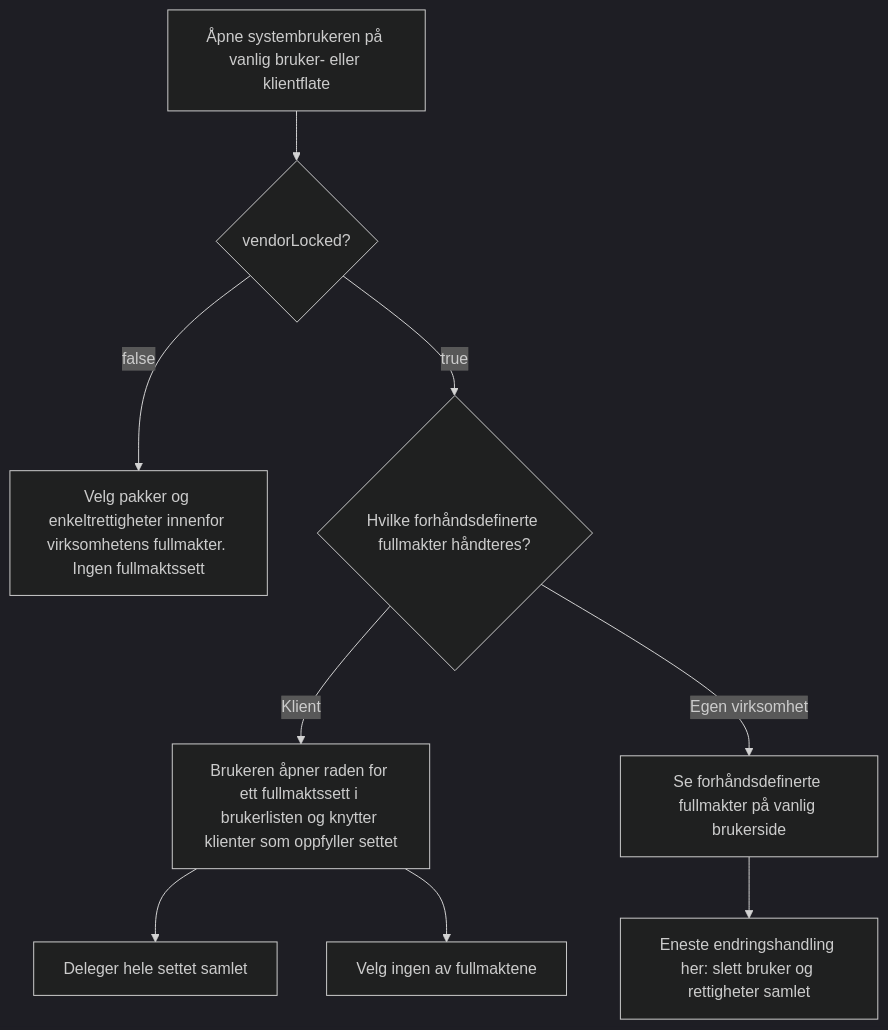
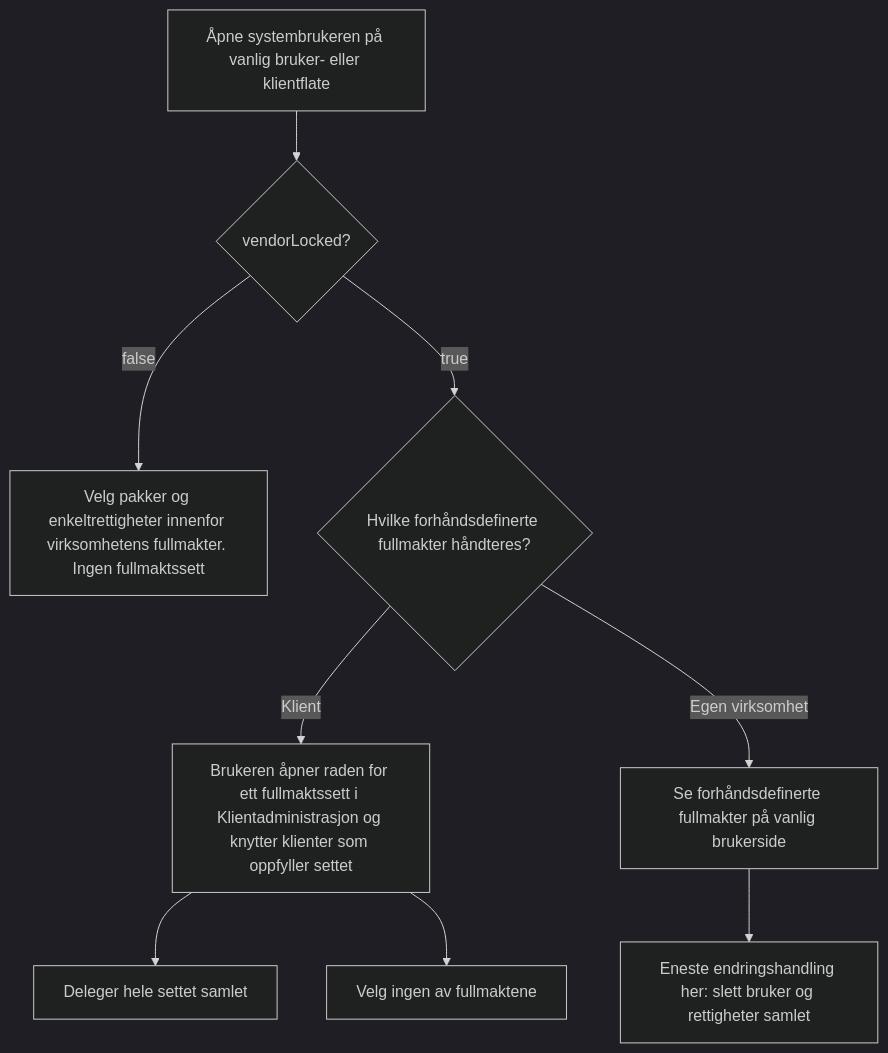
One commit to Altinn/altinn-studio-docs changed the fourth of 7 diagrams in content/authorization/guides/system-vendor/system-user/beslutningstre.nb.md. Above: the diagram before and after it, drawn with Mermaid (dark theme). The commit also changed other lines of this file and 2 other files, not shown here.

First line of the commit message:
Systembruker: settene står i Klientadministrasjon, ikke i brukerlisten (#3404)

```diff
--- a/content/authorization/guides/system-vendor/system-user/beslutningstre.nb.md
+++ b/content/authorization/guides/system-vendor/system-user/beslutningstre.nb.md
@@ -85,11 +85,11 @@
 {{< mermaid >}}
 graph TD
   OPEN["Åpne systembrukeren på vanlig bruker- eller klientflate"] --> MODE{"vendorLocked?"}
   MODE -->|false| CHOOSE["Velg pakker og enkeltrettigheter innenfor virksomhetens fullmakter. Ingen fullmaktssett"]
   MODE -->|true| CONTEXT{"Hvilke forhåndsdefinerte fullmakter håndteres?"}
-  CONTEXT -->|Klient| SET["Brukeren åpner raden for ett fullmaktssett i brukerlisten og knytter klienter som oppfyller settet"]
+  CONTEXT -->|Klient| SET["Brukeren åpner raden for ett fullmaktssett i Klientadministrasjon og knytter klienter som oppfyller settet"]
   SET --> ALL["Deleger hele settet samlet"]
   SET --> NONE["Velg ingen av fullmaktene"]
   CONTEXT -->|Egen virksomhet| VIEW["Se forhåndsdefinerte fullmakter på vanlig brukerside"]
   VIEW --> DELETE["Eneste endringshandling her: slett bruker og rettigheter samlet"]
 {{< /mermaid >}}
```
